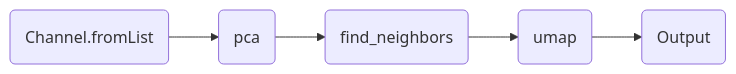
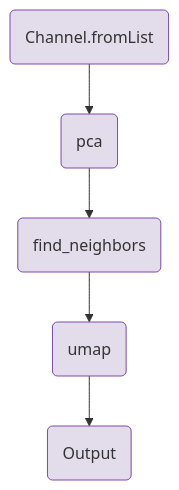
The diagram in components/workflows/multiomics/dimensionality_reduction.qmd (openpipelines-bio/website), drawn with Mermaid before and after one commit. The commit also changed 21 other files, not shown here.

````diff
--- a/components/workflows/multiomics/dimensionality_reduction.qmd
+++ b/components/workflows/multiomics/dimensionality_reduction.qmd
@@ -133,14 +133,18 @@
 ```{mermaid}
-%%| column: screen-inset-shaded
-flowchart LR
+flowchart TB
     v0(Channel.fromList)
     v18(pca)
     v38(find_neighbors)
     v58(umap)
     v85(Output)
     v0-->v18
     v18-->v38
     v38-->v58
     v58-->v85
+    style v0 fill:#e3dcea,stroke:#7a4baa;
+    style v18 fill:#e3dcea,stroke:#7a4baa;
+    style v38 fill:#e3dcea,stroke:#7a4baa;
+    style v58 fill:#e3dcea,stroke:#7a4baa;
+    style v85 fill:#e3dcea,stroke:#7a4baa;
 
 ```
````
